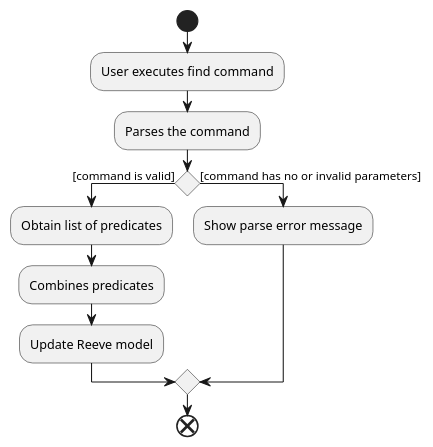
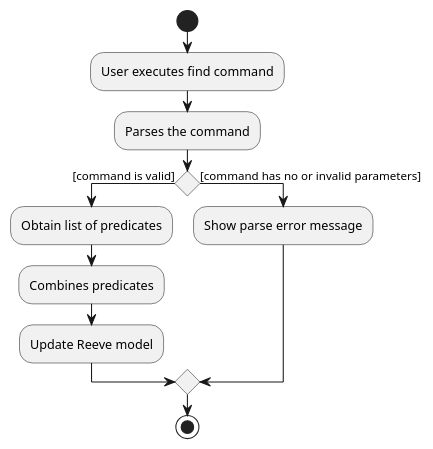
One commit to nus-cs2103-AY2021S1/tp changed the diagram in docs/diagrams/FindCommandActivityDiagram.puml. Above: the diagram before and after it, drawn with PlantUML. The commit also changed 5 other files, not shown here.

```diff
--- a/docs/diagrams/FindCommandActivityDiagram.puml
+++ b/docs/diagrams/FindCommandActivityDiagram.puml
@@ -1,15 +1,15 @@
 @startuml
 start
 :User executes find command;
 :Parses the command;
 if () then ([command is valid])
     :Obtain list of predicates;
     :Combines predicates;
     :Update Reeve model;
 
 else ([command has no or invalid parameters])
     :Show parse error message;
 
 endif
-end
+stop
 @enduml
```
